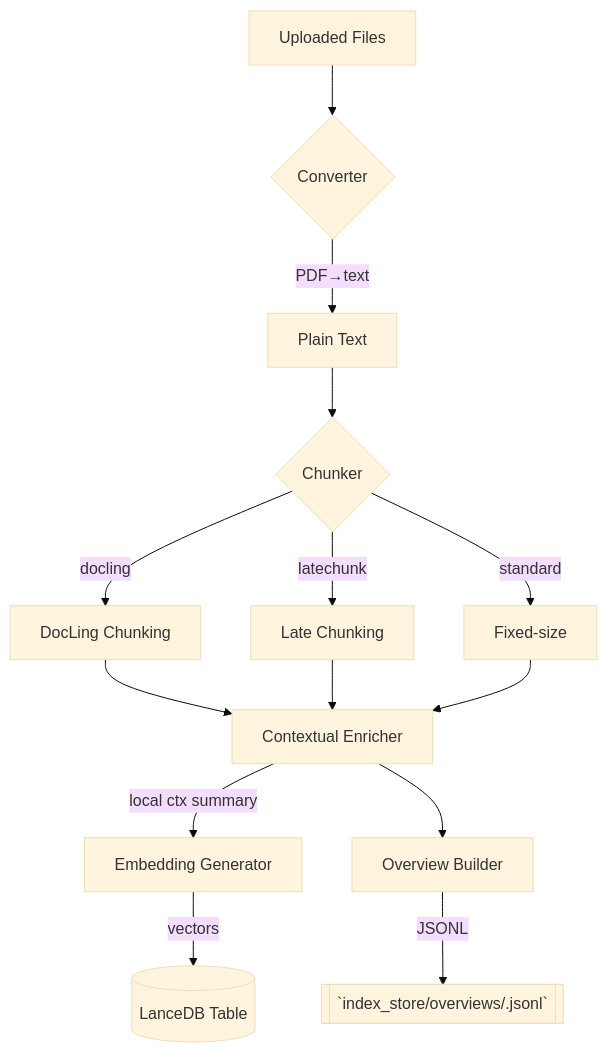
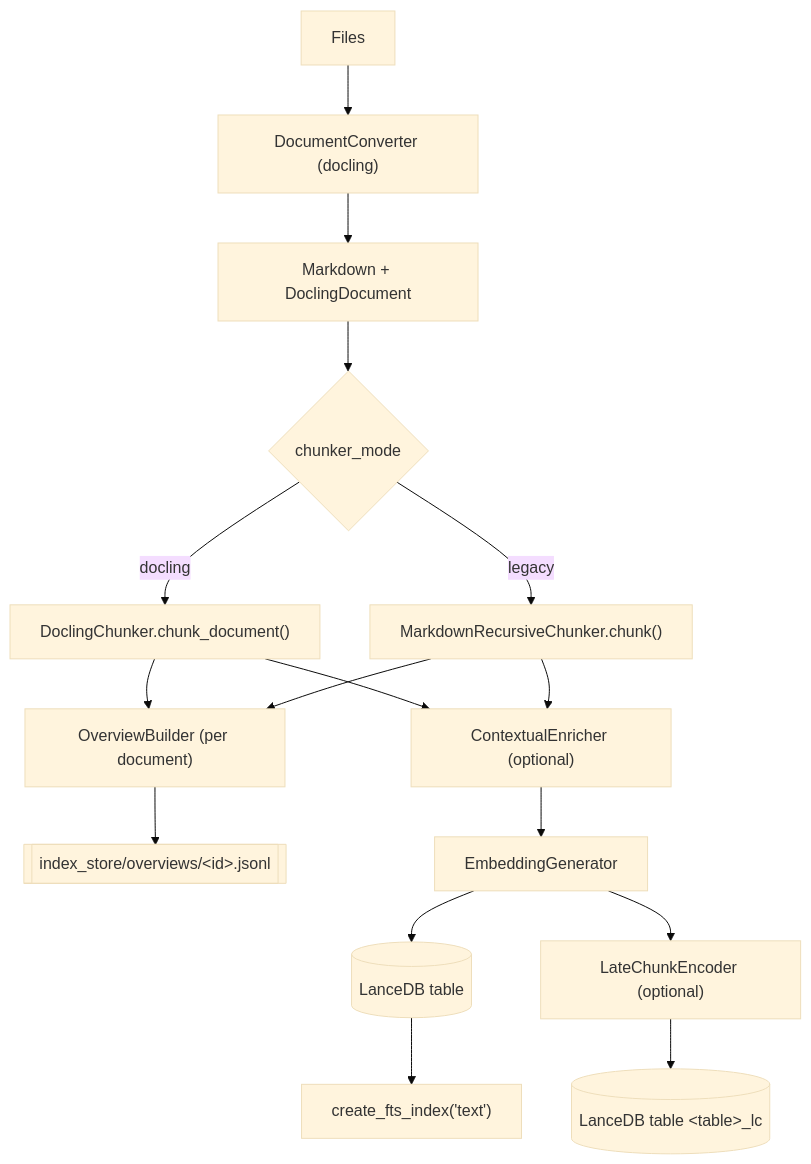
The diagram in Documentation/indexing_pipeline.md (PromtEngineer/localGPT), drawn with Mermaid (base theme) before and after one commit. The commit also changed other lines of this file and 110 other files, not shown here.

````diff
--- a/Documentation/indexing_pipeline.md
+++ b/Documentation/indexing_pipeline.md
@@ -9,14 +18,18 @@
 ```mermaid
 flowchart TD
-    A["Uploaded Files"] --> B{Converter}
-    B -->|PDF→text| C["Plain Text"]
-    C --> D{Chunker}
-    D -->|docling| D1[DocLing Chunking]
-    D -->|latechunk| D2[Late Chunking]
-    D -->|standard| D3[Fixed-size]
-    D1 & D2 & D3 --> E["Contextual Enricher"]
-    E -->|local ctx summary| F["Embedding Generator"]
-    F -->|vectors| G[(LanceDB Table)]
-    E --> H["Overview Builder"]
-    H -->|JSONL| OVR[[`index_store/overviews/<idx>.jsonl`]]
+    A["Files"] --> B["DocumentConverter (docling)"]
+    B --> C["Markdown + DoclingDocument"]
+    C --> D{"chunker_mode"}
+    D -- docling --> D1["DoclingChunker.chunk_document()"]
+    D -- legacy --> D2["MarkdownRecursiveChunker.chunk()"]
+    D1 --> OV["OverviewBuilder (per document)"]
+    D2 --> OV
+    OV --> OVF[["index_store/overviews/&lt;id&gt;.jsonl"]]
+    D1 --> E["ContextualEnricher (optional)"]
+    D2 --> E
+    E --> F["EmbeddingGenerator"]
+    F --> G[("LanceDB table")]
+    G --> H["create_fts_index('text')"]
+    F --> LC["LateChunkEncoder (optional)"]
+    LC --> GLC[("LanceDB table &lt;table&gt;_lc")]
 ```
````
